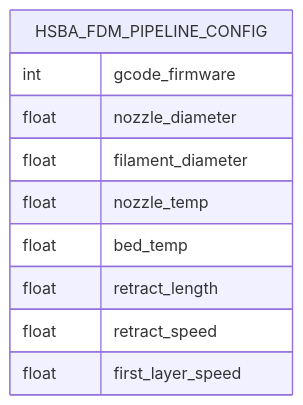
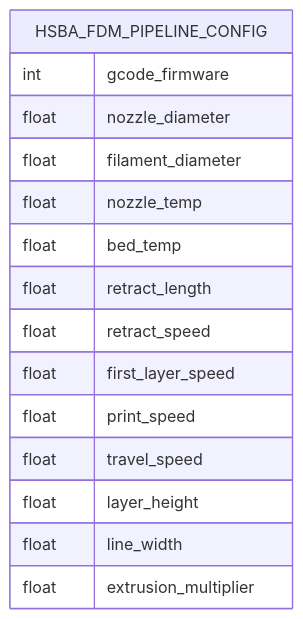
One commit to hsmbanlance/HsBaSlicer changed the seventh of 8 diagrams in .qoder/repowiki/en/content/Model Processing/Model Preprocessing System.md. Above: the diagram before and after it, drawn with Mermaid. The commit also changed other lines of this file and 14 other files, not shown here.

````diff
--- a/.qoder/repowiki/en/content/Model Processing/Model Preprocessing System.md
+++ b/.qoder/repowiki/en/content/Model Processing/Model Preprocessing System.md
@@ -282,13 +326,18 @@
 ```mermaid
 erDiagram
 HSBA_FDM_PIPELINE_CONFIG {
 int gcode_firmware
 float nozzle_diameter
 float filament_diameter
 float nozzle_temp
 float bed_temp
 float retract_length
 float retract_speed
 float first_layer_speed
+float print_speed
+float travel_speed
+float layer_height
+float line_width
+float extrusion_multiplier
 }
 ```
````
